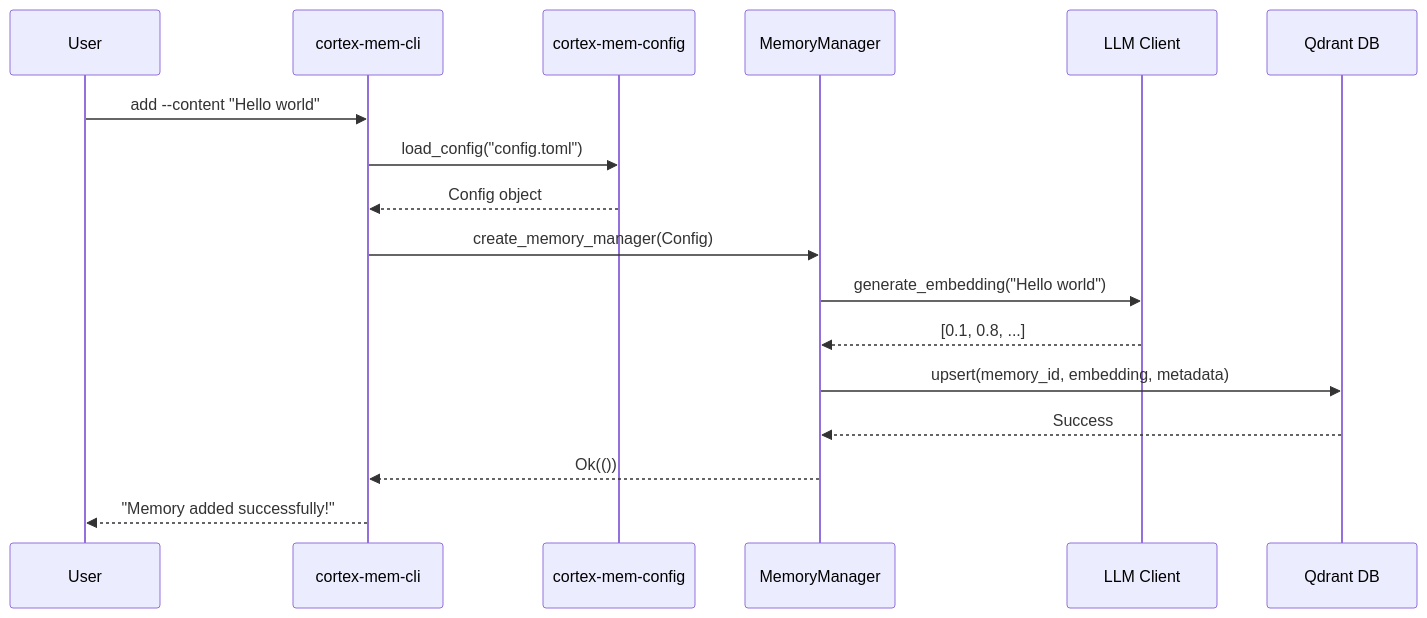
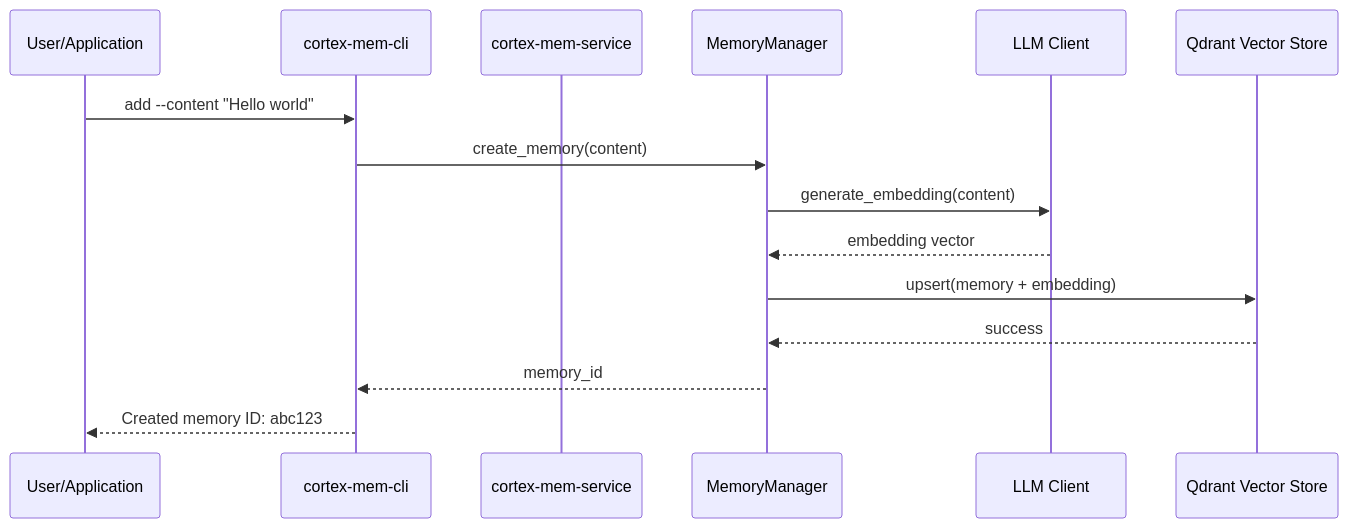
Before and after one commit to sopaco/cortex-mem: the second of 9 diagrams in litho.docs/3.Workflow.md, drawn with Mermaid. The commit also changed other lines of this file and 14 other files, not shown here.

````diff
--- a/litho.docs/3.Workflow.md
+++ b/litho.docs/3.Workflow.md
@@ -73,20 +79,18 @@
 ```mermaid
 sequenceDiagram
-    participant User
+    participant U as User/Application
     participant CLI as cortex-mem-cli
-    participant Config as cortex-mem-config
+    participant API as cortex-mem-service
     participant MM as MemoryManager
     participant LLM as LLM Client
-    participant Qdrant as Qdrant DB
+    participant VS as Qdrant Vector Store
 
-    User->>CLI: add --content "Hello world"
-    CLI->>Config: load_config("config.toml")
-    Config-->>CLI: Config object
-    CLI->>MM: create_memory_manager(Config)
-    MM->>LLM: generate_embedding("Hello world")
-    LLM-->>MM: [0.1, 0.8, ...]
-    MM->>Qdrant: upsert(memory_id, embedding, metadata)
-    Qdrant-->>MM: Success
-    MM-->>CLI: Ok(())
-    CLI-->>User: "Memory added successfully!"
+    U->>CLI: add --content "Hello world"
+    CLI->>MM: create_memory(content)
+    MM->>LLM: generate_embedding(content)
+    LLM-->>MM: embedding vector
+    MM->>VS: upsert(memory + embedding)
+    VS-->>MM: success
+    MM-->>CLI: memory_id
+    CLI-->>U: Created memory ID: abc123
 ```
````
